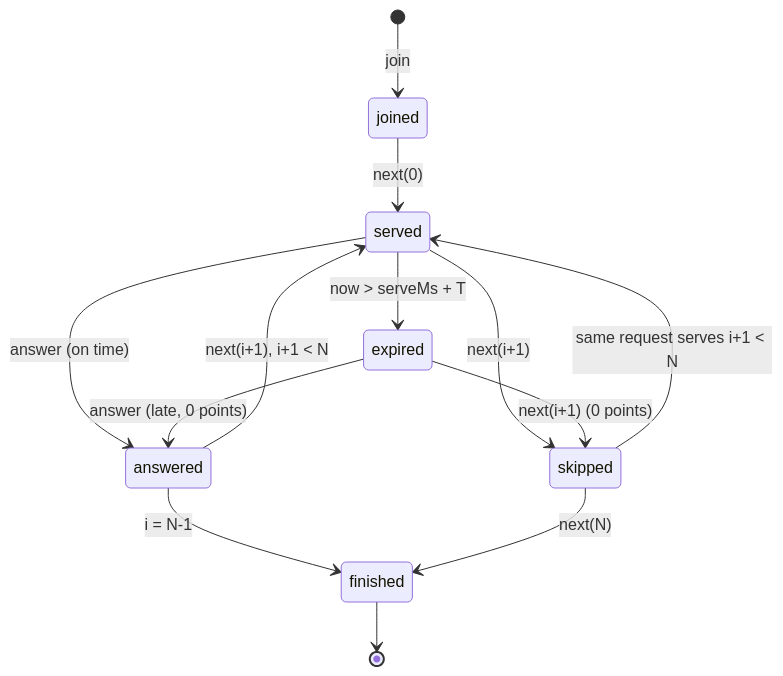
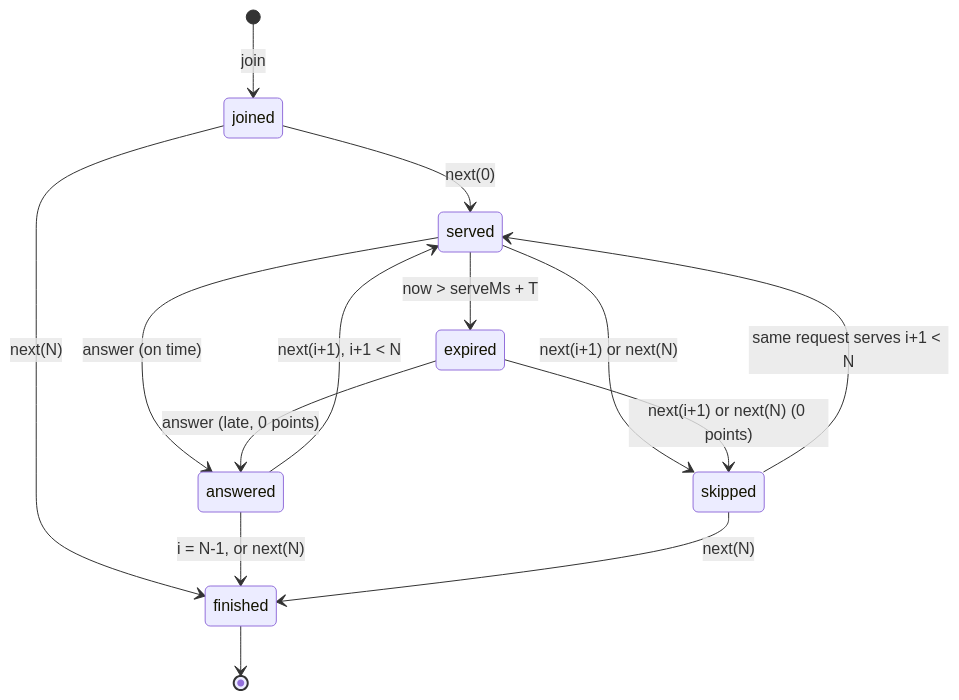
One commit to kobars/realtime-vocab-quiz changed the second of 2 diagrams in docs/spec/domain.md. Above: the diagram before and after it, drawn with Mermaid. The commit also changed other lines of this file and 2 other files, not shown here.

First line of the commit message:
Order the next rules of the domain spec and match them to the session core

````diff
--- a/docs/spec/domain.md
+++ b/docs/spec/domain.md
@@ -53,15 +53,16 @@
 ```mermaid
 stateDiagram-v2
     [*] --> joined: join
     joined --> served: next(0)
+    joined --> finished: next(N)
     served --> answered: answer (on time)
-    served --> skipped: next(i+1)
+    served --> skipped: next(i+1) or next(N)
     served --> expired: now > serveMs + T
     expired --> answered: answer (late, 0 points)
-    expired --> skipped: next(i+1) (0 points)
+    expired --> skipped: next(i+1) or next(N) (0 points)
     answered --> served: next(i+1), i+1 < N
     skipped --> served: same request serves i+1 < N
-    answered --> finished: i = N-1
+    answered --> finished: i = N-1, or next(N)
     skipped --> finished: next(N)
     finished --> [*]
 ```
````
